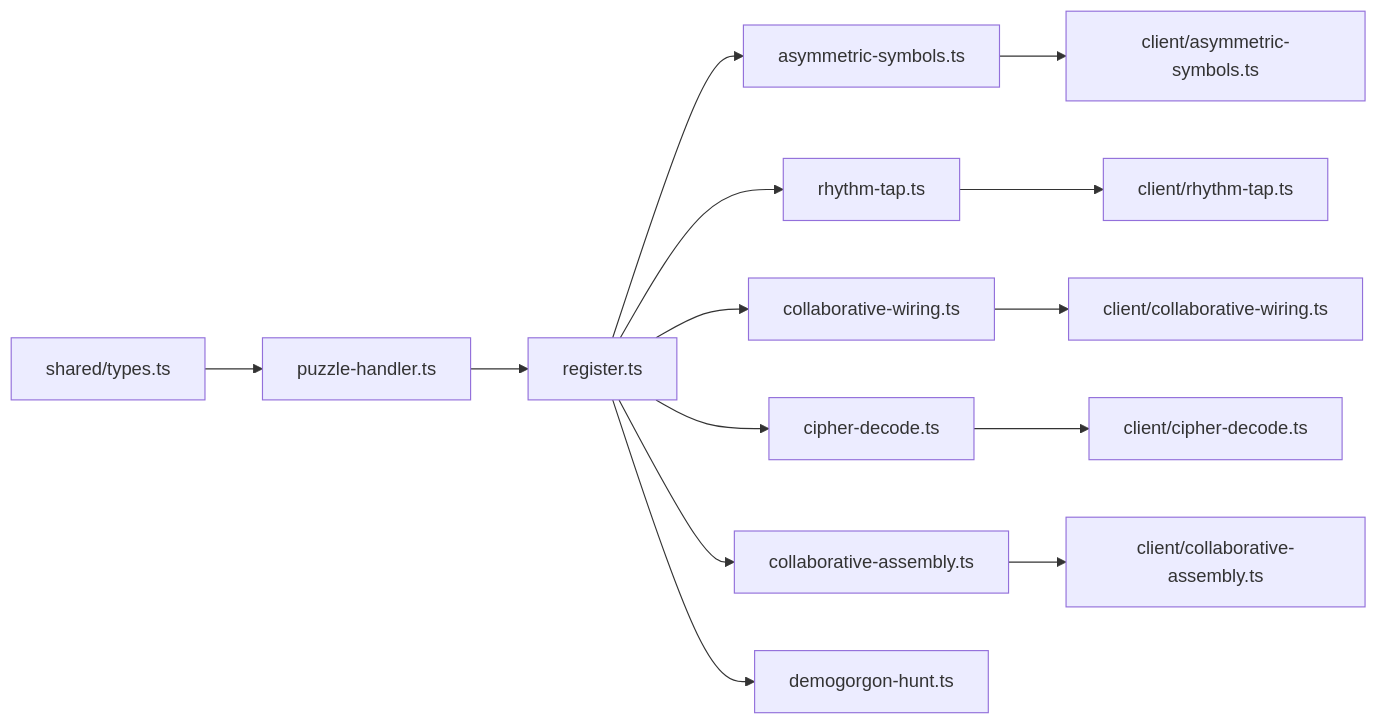
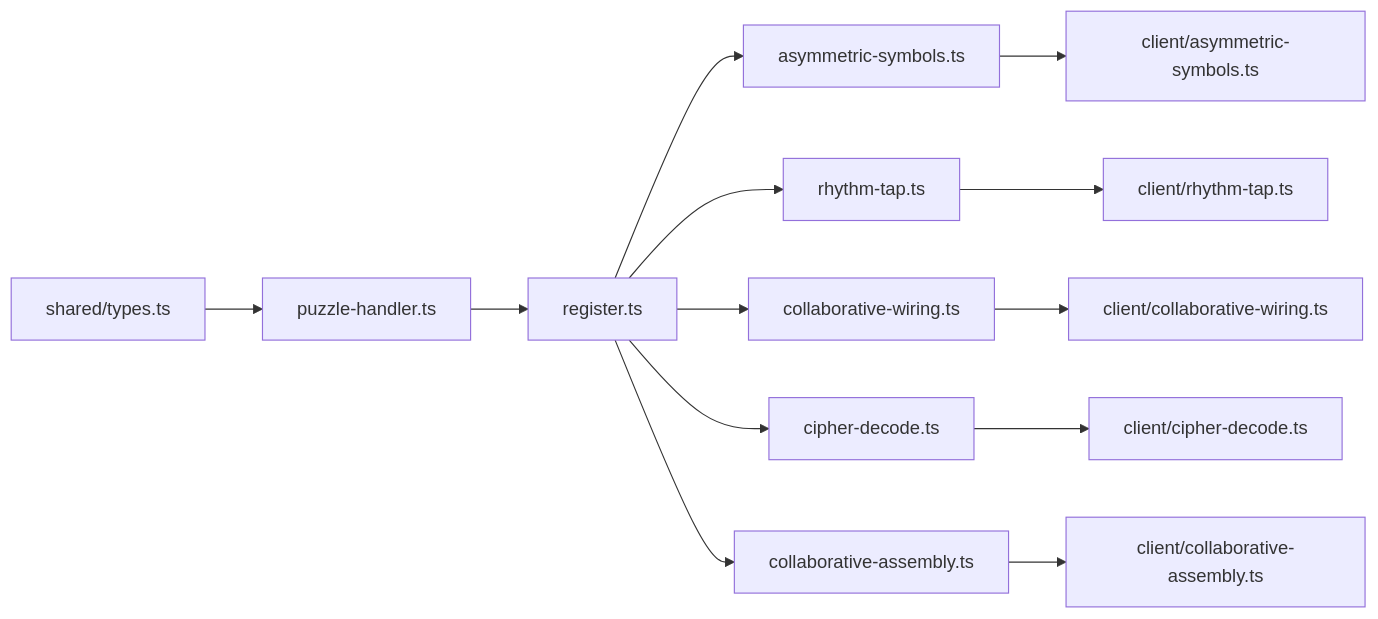
Before and after one commit to dkoukoul/escape-room-mvp: the tenth of 10 diagrams in .qoder/repowiki/en/content/Puzzle System/Puzzle System.md, drawn with Mermaid. The commit also changed other lines of this file and 4 other files, not shown here.

````diff
--- a/.qoder/repowiki/en/content/Puzzle System/Puzzle System.md
+++ b/.qoder/repowiki/en/content/Puzzle System/Puzzle System.md
@@ -479,16 +436,15 @@
 ```mermaid
 graph LR
 Types["shared/types.ts"] --> IFace["puzzle-handler.ts"]
 IFace --> Reg["register.ts"]
 Reg --> H1["asymmetric-symbols.ts"]
 Reg --> H2["rhythm-tap.ts"]
 Reg --> H3["collaborative-wiring.ts"]
 Reg --> H4["cipher-decode.ts"]
 Reg --> H5["collaborative-assembly.ts"]
-Reg --> H6["demogorgon-hunt.ts"]
 H1 --> C1["client/asymmetric-symbols.ts"]
 H2 --> C2["client/rhythm-tap.ts"]
 H3 --> C3["client/collaborative-wiring.ts"]
 H4 --> C4["client/cipher-decode.ts"]
 H5 --> C5["client/collaborative-assembly.ts"]
 ```
````
